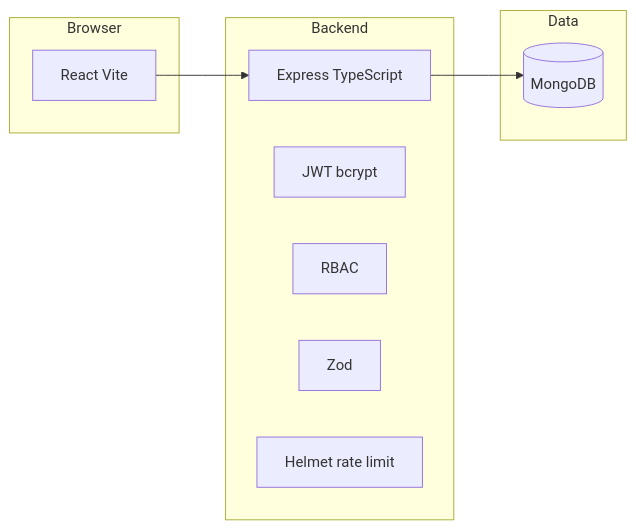
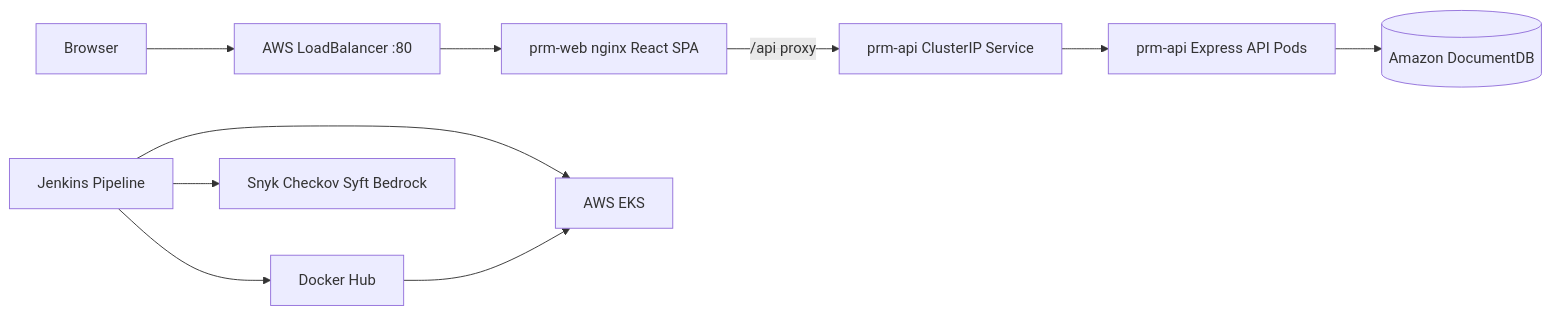
One commit to phanikumarthavva/L2MaturityProject changed the diagram in README.md. Above: the diagram before and after it, drawn with Mermaid. The commit also changed other lines of this file, not shown here.

````diff
--- a/README.md
+++ b/README.md
@@ -9,18 +36,12 @@
 ```mermaid
 flowchart LR
-  subgraph client [Browser]
-    React[React Vite]
-  end
-  subgraph api [Backend]
-    Express[Express TypeScript]
-    Auth[JWT bcrypt]
-    RBAC[RBAC]
-    Val[Zod]
-    Sec[Helmet rate limit]
-  end
-  subgraph data [Data]
-    Mongo[(MongoDB)]
-  end
-  React --> Express
-  Express --> Mongo
+  Browser[Browser] --> ELB[AWS LoadBalancer :80]
+  ELB --> Web[prm-web nginx React SPA]
+  Web -->|/api proxy| ApiSvc[prm-api ClusterIP Service]
+  ApiSvc --> ApiPods[prm-api Express API Pods]
+  ApiPods --> DocDB[(Amazon DocumentDB)]
+  Jenkins[Jenkins Pipeline] --> DockerHub[Docker Hub]
+  Jenkins --> EKS[AWS EKS]
+  Jenkins --> Scans[Snyk Checkov Syft Bedrock]
+  DockerHub --> EKS
 ```
````
